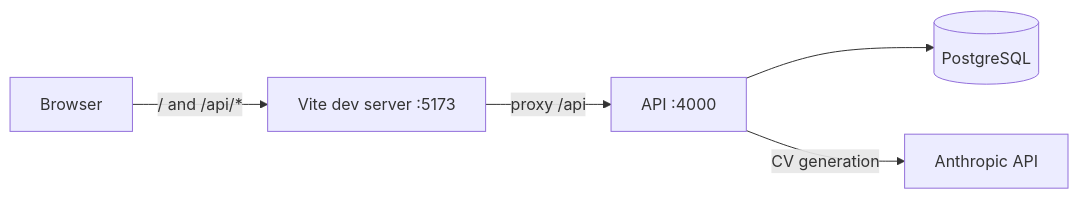
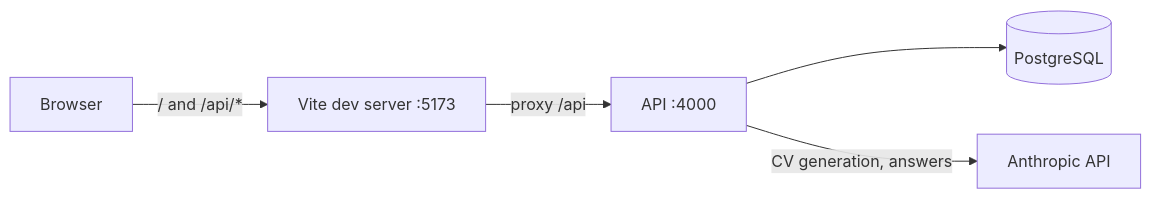
The first of 3 diagrams in README.md (maxduma/ai_cv_builder), drawn with Mermaid before and after one commit. The commit also changed other lines of this file, not shown here.

````diff
--- a/README.md
+++ b/README.md
@@ -125,7 +145,7 @@
 ```mermaid
 flowchart LR
   B[Browser] -->|"/ and /api/*"| V[Vite dev server :5173]
   V -->|proxy /api| A[API :4000]
   A --> P[(PostgreSQL)]
-  A -->|CV generation| C[Anthropic API]
+  A -->|CV generation, answers| C[Anthropic API]
 ```
````
